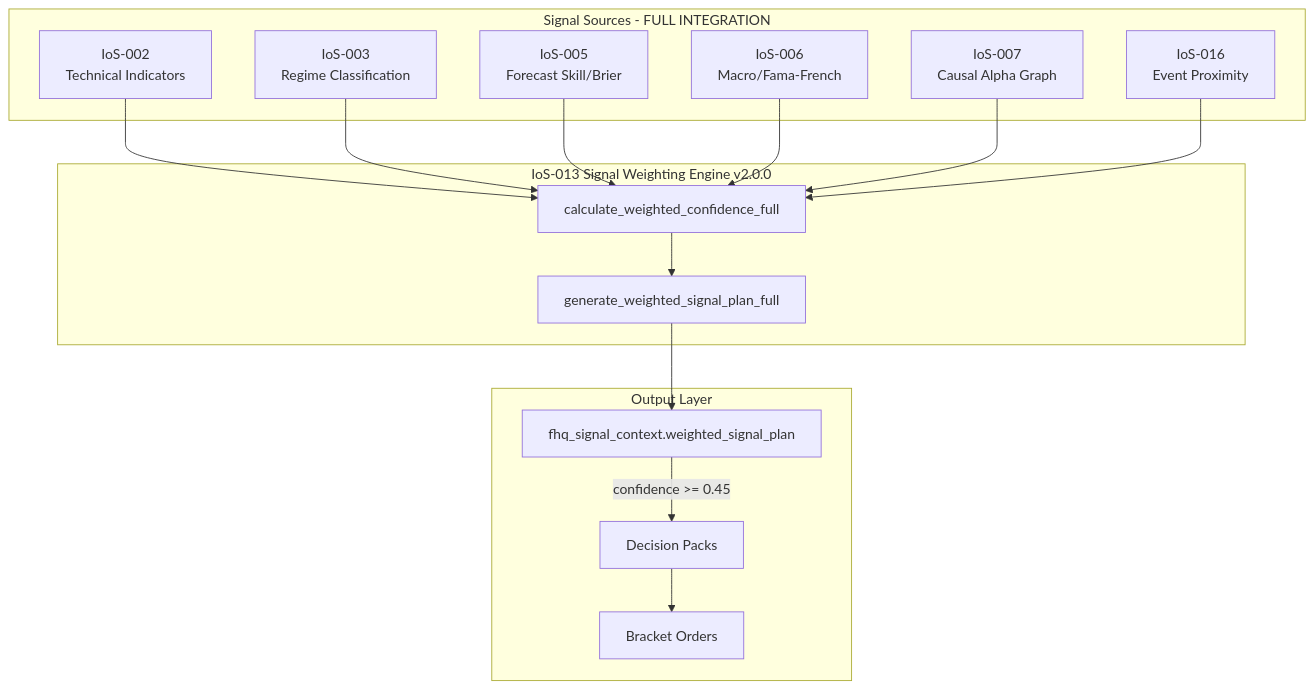
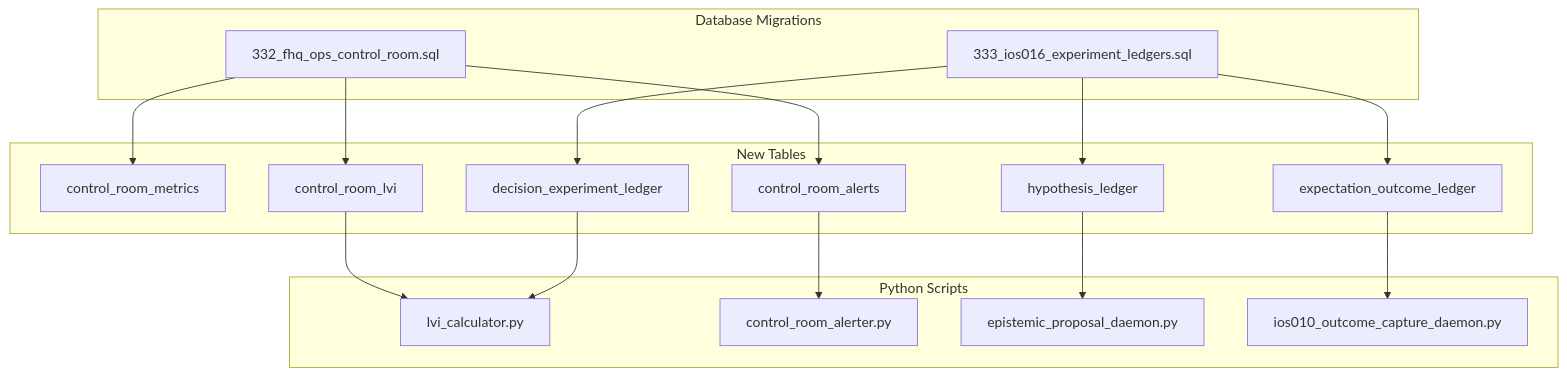
The diagram in 12_DAILY_REPORTS/DAY23_RUNBOOK_20260123.md (MetaStark/vision-IoS), drawn with Mermaid before and after one commit. The commit also changed other lines of this file, not shown here.

````diff
--- a/12_DAILY_REPORTS/DAY23_RUNBOOK_20260123.md
+++ b/12_DAILY_REPORTS/DAY23_RUNBOOK_20260123.md
@@ -105,33 +196,36 @@
 ```mermaid
 flowchart TB
-    subgraph IoS_Sources[Signal Sources - FULL INTEGRATION]
-        IOS002[IoS-002<br/>Technical Indicators]
-        IOS003[IoS-003<br/>Regime Classification]
-        IOS005[IoS-005<br/>Forecast Skill/Brier]
-        IOS006[IoS-006<br/>Macro/Fama-French]
-        IOS007[IoS-007<br/>Causal Alpha Graph]
-        IOS016[IoS-016<br/>Event Proximity]
+    subgraph Migrations[Database Migrations]
+        M332[332_fhq_ops_control_room.sql]
+        M333[333_ios016_experiment_ledgers.sql]
     end
 
-    subgraph IoS013[IoS-013 Signal Weighting Engine v2.0.0]
-        WEIGHT[calculate_weighted_confidence_full]
-        PLAN[generate_weighted_signal_plan_full]
+    subgraph Tables[New Tables]
+        CRM[control_room_metrics]
+        CRA[control_room_alerts]
+        LVI[control_room_lvi]
+        HL[hypothesis_ledger]
+        DEL[decision_experiment_ledger]
+        EOL[expectation_outcome_ledger]
     end
 
-    subgraph Output[Output Layer]
-        WSP[fhq_signal_context.weighted_signal_plan]
-        DP[Decision Packs]
-        BRACKET[Bracket Orders]
+    subgraph Scripts[Python Scripts]
+        LVIC[lvi_calculator.py]
+        ALERT[control_room_alerter.py]
+        EPD[epistemic_proposal_daemon.py]
+        OCD[ios010_outcome_capture_daemon.py]
     end
 
-    IOS002 --> WEIGHT
-    IOS003 --> WEIGHT
-    IOS005 --> WEIGHT
-    IOS006 --> WEIGHT
-    IOS007 --> WEIGHT
-    IOS016 --> WEIGHT
-    WEIGHT --> PLAN
-    PLAN --> WSP
-    WSP -->|confidence >= 0.45| DP
-    DP --> BRACKET
+    M332 --> CRM
+    M332 --> CRA
+    M332 --> LVI
+    M333 --> HL
+    M333 --> DEL
+    M333 --> EOL
+
+    LVI --> LVIC
+    CRA --> ALERT
+    HL --> EPD
+    EOL --> OCD
+    DEL --> LVIC
 ```
````
